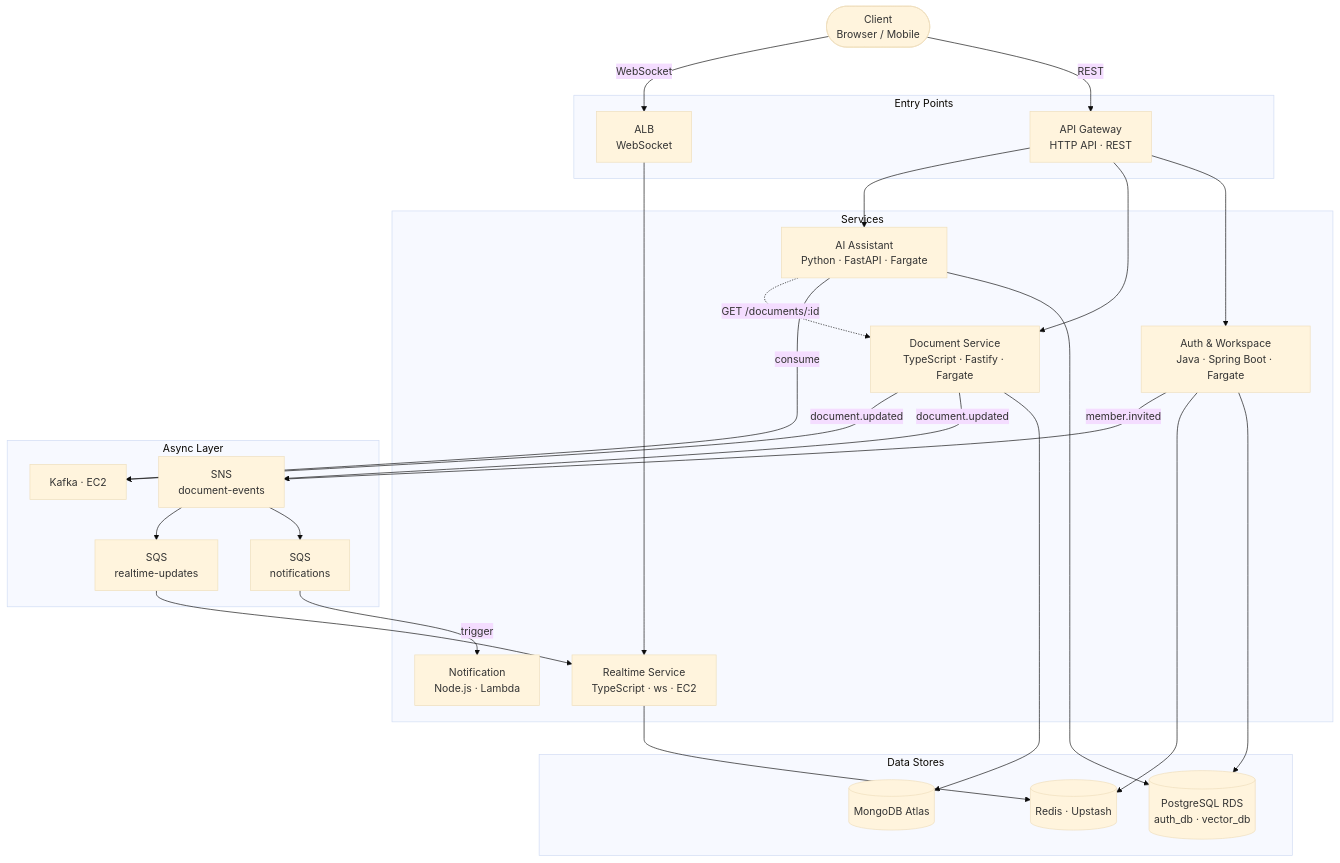
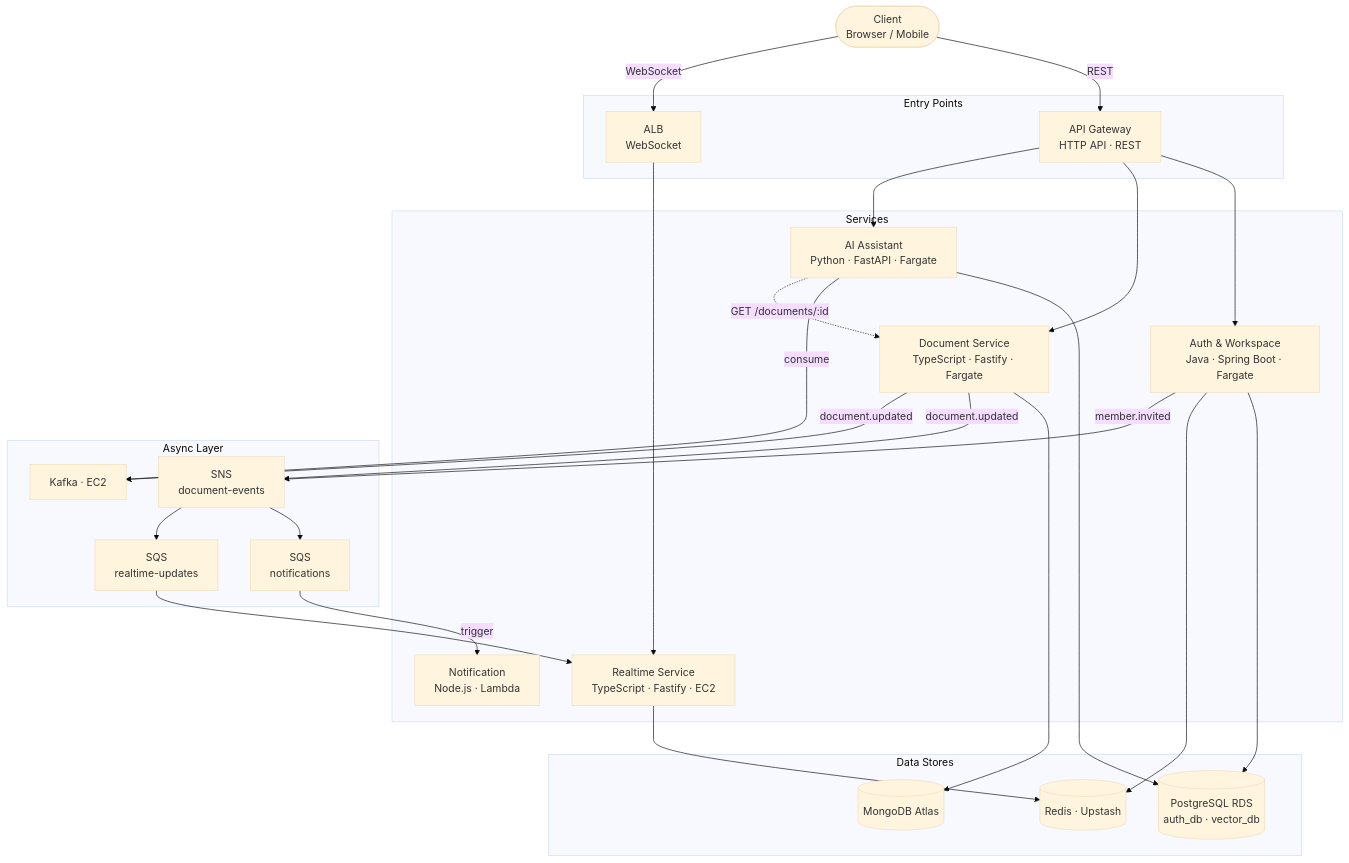
Before and after one commit to fejes99/CollabSpace: the diagram in docs/02-architecture/system-overview.md, drawn with Mermaid (base theme). The commit also changed 23 other files, not shown here.

Commit message:
Scaffold realtime-service walking skeleton

````diff
--- a/docs/02-architecture/system-overview.md
+++ b/docs/02-architecture/system-overview.md
@@ -9,57 +9,57 @@
 ```mermaid
 flowchart TD
     Client(["Client\nBrowser / Mobile"])
 
     subgraph edge["Entry Points"]
         APIGW["API Gateway\nHTTP API · REST"]
         ALB["ALB\nWebSocket"]
     end
 
     subgraph services["Services"]
         AW["Auth & Workspace\nJava · Spring Boot · Fargate"]
         DS["Document Service\nTypeScript · Fastify · Fargate"]
-        RS["Realtime Service\nTypeScript · ws · EC2"]
+        RS["Realtime Service\nTypeScript · Fastify · EC2"]
         AI["AI Assistant\nPython · FastAPI · Fargate"]
         NL["Notification\nNode.js · Lambda"]
     end
 
     subgraph brokers["Async Layer"]
         SNS["SNS\ndocument-events"]
         SQS_N["SQS\nnotifications"]
         SQS_R["SQS\nrealtime-updates"]
         Kafka["Kafka · EC2"]
     end
 
     subgraph data["Data Stores"]
         RDS[("PostgreSQL RDS\nauth_db · vector_db")]
         Mongo[("MongoDB Atlas")]
         Redis[("Redis · Upstash")]
     end
 
     Client -->|REST| APIGW
     Client -->|WebSocket| ALB
 
     APIGW --> AW
     APIGW --> DS
     APIGW --> AI
     ALB --> RS
 
     AW --> RDS
     AW --> Redis
     AW -->|member.invited| SNS
 
     DS --> Mongo
     DS -->|document.updated| SNS
     DS -->|document.updated| Kafka
 
     SNS --> SQS_N
     SNS --> SQS_R
     SQS_N -->|trigger| NL
     SQS_R --> RS
 
     RS --> Redis
 
     AI --> RDS
     AI -->|consume| Kafka
     AI -.->|"GET /documents/:id"| DS
 ```
````
